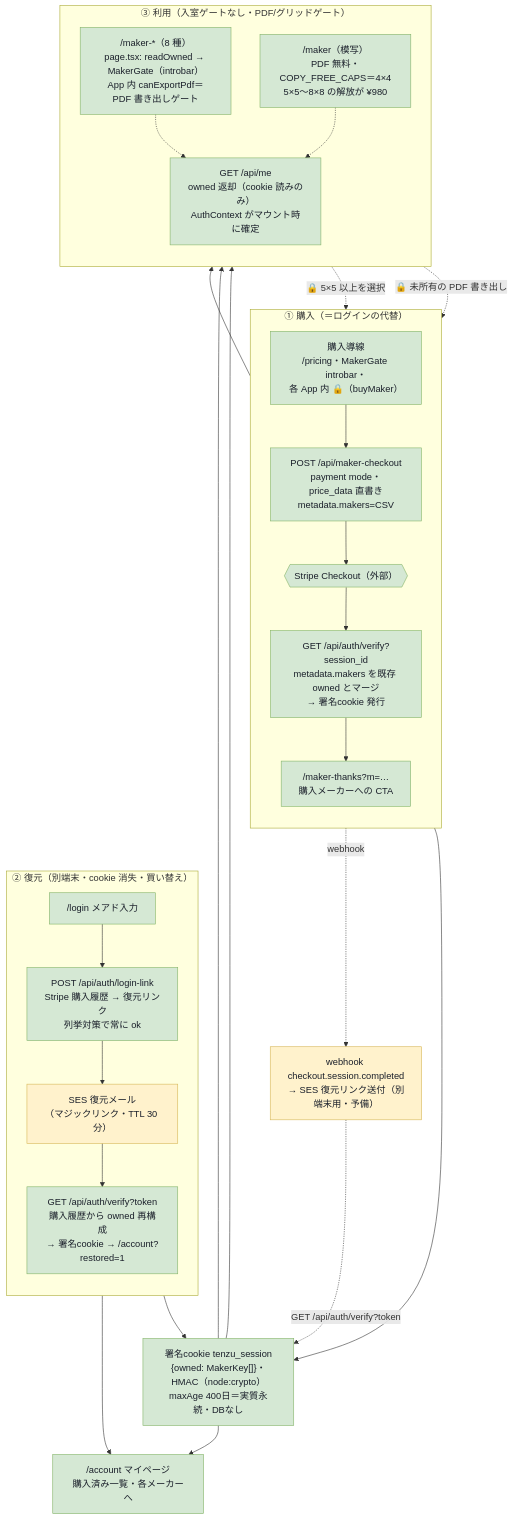
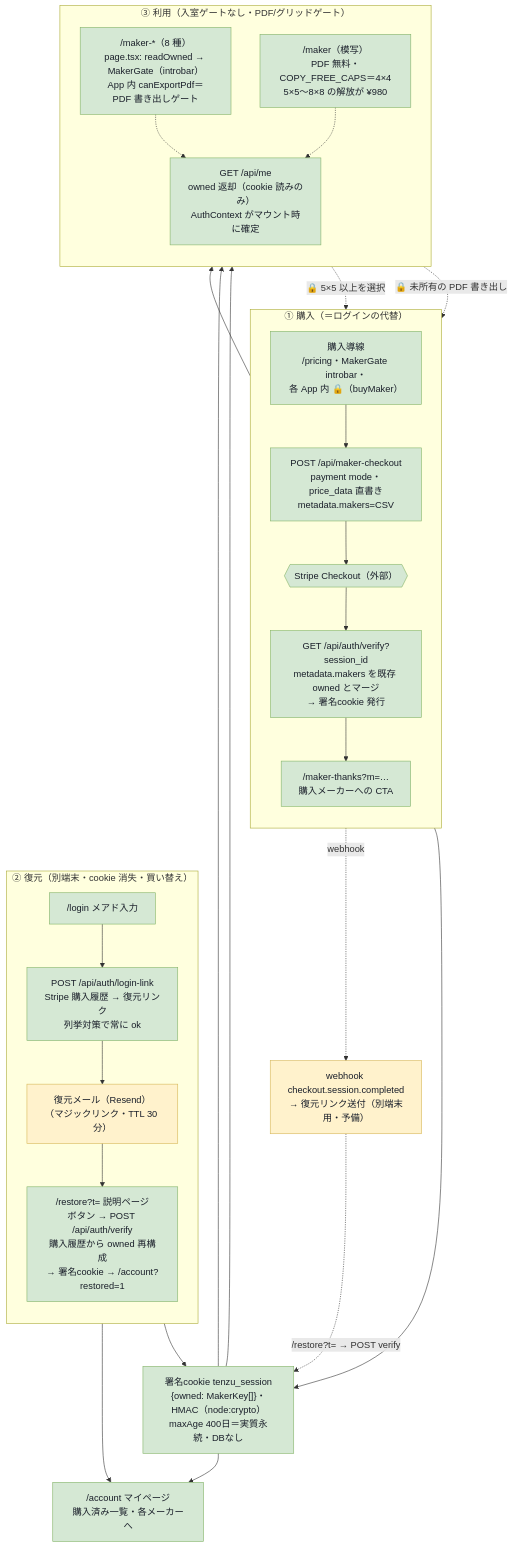
One commit to sudokko/TENZU changed the second of 2 diagrams in design/navigation/screen-flow.md. Above: the diagram before and after it, drawn with Mermaid. The commit also changed 13 other files, not shown here.

````diff
--- a/design/navigation/screen-flow.md
+++ b/design/navigation/screen-flow.md
@@ -208,49 +208,49 @@
 ```mermaid
 flowchart TB
   classDef done  fill:#d5e8d4,stroke:#82b366,color:#1a1f2a;
   classDef owner fill:#fff2cc,stroke:#d6b656,color:#1a1f2a;
   classDef todo  fill:#f8cecc,stroke:#b85450,color:#1a1f2a;
 
   subgraph A["① 購入（＝ログインの代替）"]
     direction TB
     A1["購入導線<br/>/pricing・MakerGate introbar・<br/>各 App 内 🔒（buyMaker）"] --> A2["POST /api/maker-checkout<br/>payment mode・price_data 直書き<br/>metadata.makers=CSV"]
     A2 --> A3{{"Stripe Checkout（外部）"}}
     A3 --> A4["GET /api/auth/verify?session_id<br/>metadata.makers を既存 owned とマージ<br/>→ 署名cookie 発行"]
     A4 --> A5["/maker-thanks?m=…<br/>購入メーカーへの CTA"]
   end
 
   subgraph B["② 復元（別端末・cookie 消失・買い替え）"]
     direction TB
     B1["/login メアド入力"] --> B2["POST /api/auth/login-link<br/>Stripe 購入履歴 → 復元リンク<br/>列挙対策で常に ok"]
-    B2 --> B3["SES 復元メール<br/>（マジックリンク・TTL 30 分）"]
-    B3 --> B4["GET /api/auth/verify?token<br/>購入履歴から owned 再構成<br/>→ 署名cookie → /account?restored=1"]
+    B2 --> B3["復元メール（Resend）<br/>（マジックリンク・TTL 30 分）"]
+    B3 --> B4["/restore?t= 説明ページ<br/>ボタン → POST /api/auth/verify<br/>購入履歴から owned 再構成<br/>→ 署名cookie → /account?restored=1"]
   end
 
   COOKIE["署名cookie tenzu_session<br/>{owned: MakerKey[]}・HMAC（node:crypto）<br/>maxAge 400日＝実質永続・DBなし"]
   A4 --> COOKIE
   B4 --> COOKIE
 
   subgraph C["③ 利用（入室ゲートなし・PDF/グリッドゲート）"]
     direction TB
     C1["/maker-*（8 種）<br/>page.tsx: readOwned → MakerGate（introbar）<br/>App 内 canExportPdf＝PDF 書き出しゲート"]
     C2["/maker（模写）<br/>PDF 無料・COPY_FREE_CAPS＝4×4<br/>5×5〜8×8 の解放が ¥980"]
     C3["GET /api/me<br/>owned 返却（cookie 読みのみ）<br/>AuthContext がマウント時に確定"]
     C1 -.-> C3
     C2 -.-> C3
   end
   COOKIE --> C1
   COOKIE --> C2
   C1 -.->|🔒 未所有の PDF 書き出し| A1
   C2 -.->|🔒 5×5 以上を選択| A1
   A5 --> C1
 
-  WH["webhook checkout.session.completed<br/>→ SES 復元リンク送付（別端末用・予備）"]
-  A3 -.->|webhook| WH -.->|GET /api/auth/verify?token| COOKIE
+  WH["webhook checkout.session.completed<br/>→ 復元リンク送付（別端末用・予備）"]
+  A3 -.->|webhook| WH -.->|/restore?t= → POST verify| COOKIE
 
   ACC["/account マイページ<br/>購入済み一覧・各メーカーへ"]
   COOKIE --> ACC
   B4 --> ACC
 
   class A1,A2,A3,A4,A5,B1,B2,B4,C1,C2,C3,COOKIE,ACC done;
   class B3,WH owner;
 ```
````
